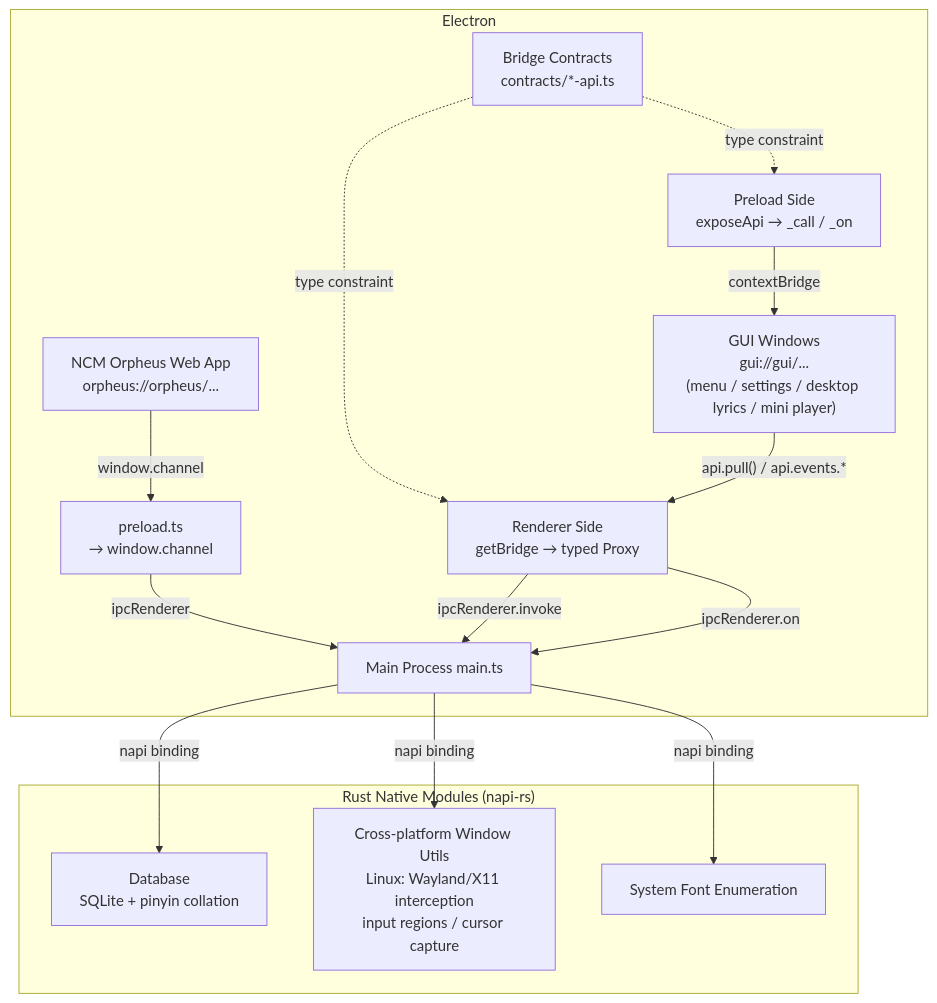
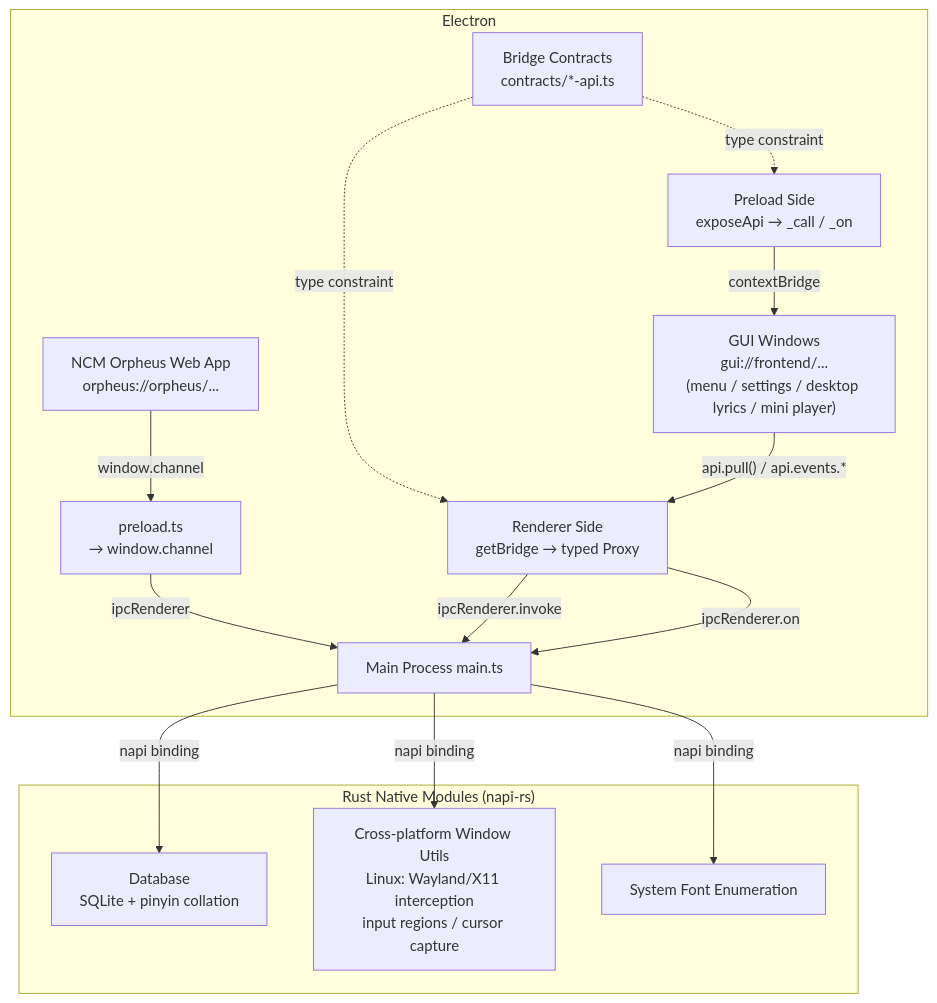
Before and after one commit to YUCLing/open-orpheus: the diagram in docs/CONTRIBUTING_en.md, drawn with Mermaid. The commit also changed other lines of this file and 1 other file, not shown here.

````diff
--- a/docs/CONTRIBUTING_en.md
+++ b/docs/CONTRIBUTING_en.md
@@ -72,30 +78,30 @@
 ```mermaid
 flowchart TB
     subgraph Electron
         main[Main Process main.ts]
         preload[preload.ts<br/>→ window.channel]
         renderer[NCM Orpheus Web App<br/>orpheus://orpheus/...]
         bridge_ct[Bridge Contracts<br/>contracts/*-api.ts]
         bridge_pl[Preload Side<br/>exposeApi → _call / _on]
         bridge_rr[Renderer Side<br/>getBridge → typed Proxy]
-        gui_windows["GUI Windows<br/>gui://gui/...<br/>(menu / settings / desktop lyrics / mini player)"]
+        gui_windows["GUI Windows<br/>gui://frontend/...<br/>(menu / settings / desktop lyrics / mini player)"]
     end
 
     subgraph Native["Rust Native Modules (napi-rs)"]
         db[Database<br/>SQLite + pinyin collation]
         win[Cross-platform Window Utils<br/>Linux: Wayland/X11 interception<br/>input regions / cursor capture]
         fonts[System Font Enumeration]
     end
 
     renderer -->|window.channel| preload
     preload -->|ipcRenderer| main
     bridge_ct -.->|type constraint| bridge_pl
     bridge_ct -.->|type constraint| bridge_rr
     bridge_pl -->|contextBridge| gui_windows
     gui_windows -->|"api.pull() / api.events.*"| bridge_rr
     bridge_rr -->|ipcRenderer.invoke| main
     bridge_rr -->|ipcRenderer.on| main
     main -->|napi binding| db
     main -->|napi binding| win
     main -->|napi binding| fonts
 ```
````
